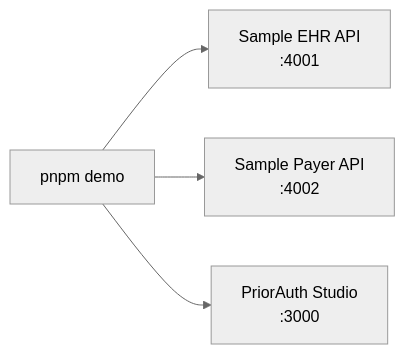
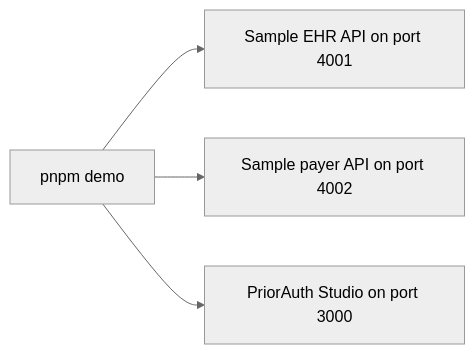
Before and after one commit to roshaninfordham/healthagentpassport: the diagram in docs/quickstart.md, drawn with Mermaid (neutral theme). The commit also changed 14 other files, not shown here.

Commit message:
Fix GitHub diagrams and simplify landing page

````diff
--- a/docs/quickstart.md
+++ b/docs/quickstart.md
@@ -35,6 +35,6 @@
 ```mermaid
 flowchart LR
-  Demo[pnpm demo] --> EHR[Sample EHR API<br/>:4001]
-  Demo --> Payer[Sample Payer API<br/>:4002]
-  Demo --> Studio[PriorAuth Studio<br/>:3000]
+  Demo["pnpm demo"] --> EHR["Sample EHR API on port 4001"]
+  Demo --> Payer["Sample payer API on port 4002"]
+  Demo --> Studio["PriorAuth Studio on port 3000"]
 ```
````
